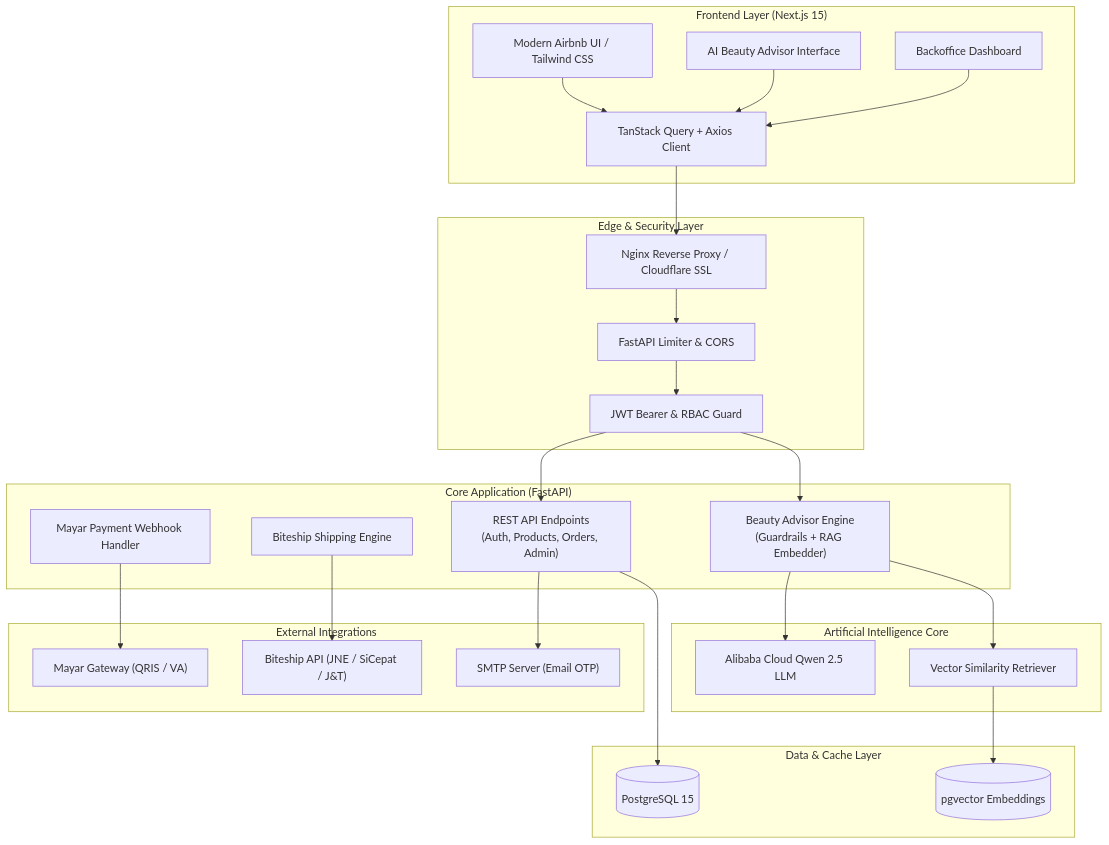
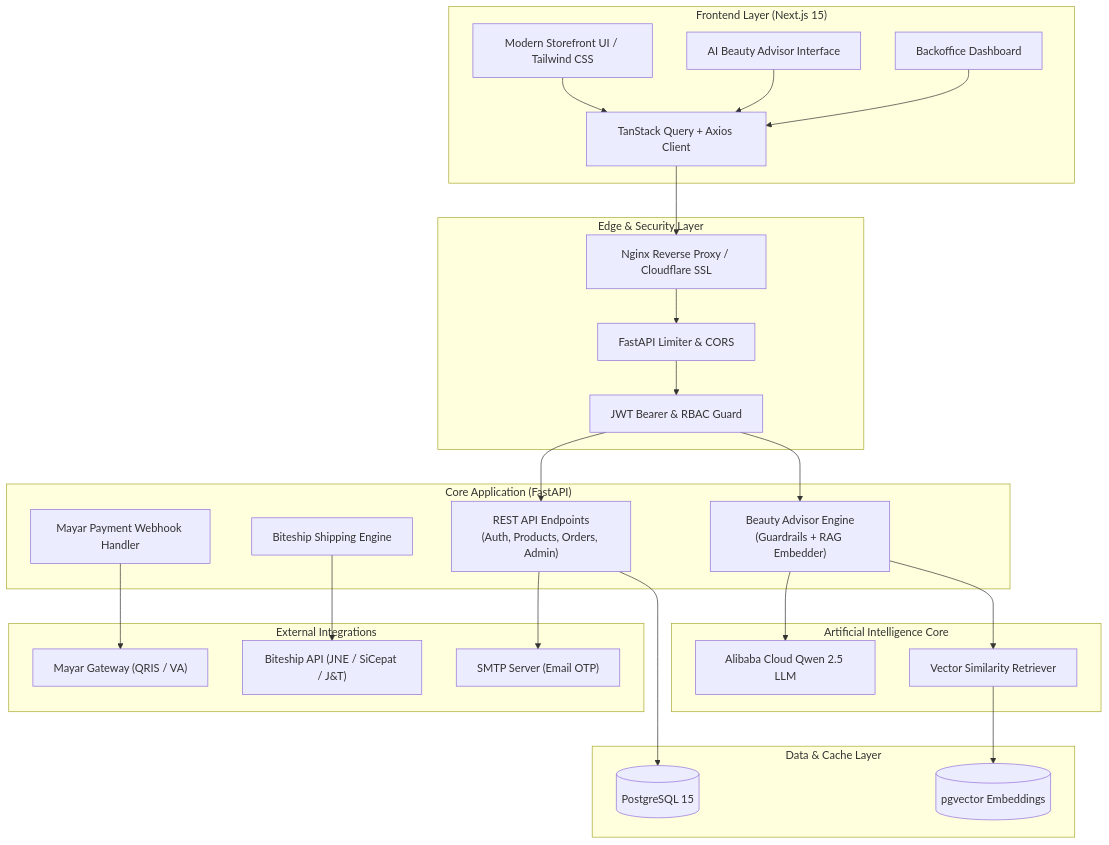
The diagram in README.md (ChrisnaFajarArditha-22312111/topshopbeauty), drawn with Mermaid before and after one commit. The commit also changed other lines of this file, not shown here.

Commit message:
docs: remove airbnb references from readme

````diff
--- a/README.md
+++ b/README.md
@@ -86,56 +86,56 @@
 ```mermaid
 flowchart TD
     subgraph Client["Frontend Layer (Next.js 15)"]
-        UI["Modern Airbnb UI / Tailwind CSS"]
+        UI["Modern Storefront UI / Tailwind CSS"]
         Advisor["AI Beauty Advisor Interface"]
         AdminUI["Backoffice Dashboard"]
         Query["TanStack Query + Axios Client"]
     end
 
     subgraph Gateway["Edge & Security Layer"]
         Nginx["Nginx Reverse Proxy / Cloudflare SSL"]
         RateLimit["FastAPI Limiter & CORS"]
         AuthGuards["JWT Bearer & RBAC Guard"]
     end
 
     subgraph Backend["Core Application (FastAPI)"]
         APIs["REST API Endpoints\n(Auth, Products, Orders, Admin)"]
         AIService["Beauty Advisor Engine\n(Guardrails + RAG Embedder)"]
         PaymentService["Mayar Payment Webhook Handler"]
         ShippingService["Biteship Shipping Engine"]
     end
 
     subgraph AI["Artificial Intelligence Core"]
         Qwen["Alibaba Cloud Qwen 2.5 LLM"]
         VectorRetriever["Vector Similarity Retriever"]
     end
 
     subgraph Storage["Data & Cache Layer"]
         Postgres[("PostgreSQL 15")]
         PGVector[("pgvector Embeddings")]
     end
 
     subgraph External["External Integrations"]
         Mayar["Mayar Gateway (QRIS / VA)"]
         Biteship["Biteship API (JNE / SiCepat / J&T)"]
         SMTP["SMTP Server (Email OTP)"]
     end
 
     UI --> Query
     Advisor --> Query
     AdminUI --> Query
     Query --> Nginx
     Nginx --> RateLimit
     RateLimit --> AuthGuards
     AuthGuards --> APIs
     AuthGuards --> AIService
 
     AIService --> Qwen
     AIService --> VectorRetriever
     VectorRetriever --> PGVector
 
     APIs --> Postgres
     PaymentService --> Mayar
     ShippingService --> Biteship
     APIs --> SMTP
 ```
````
